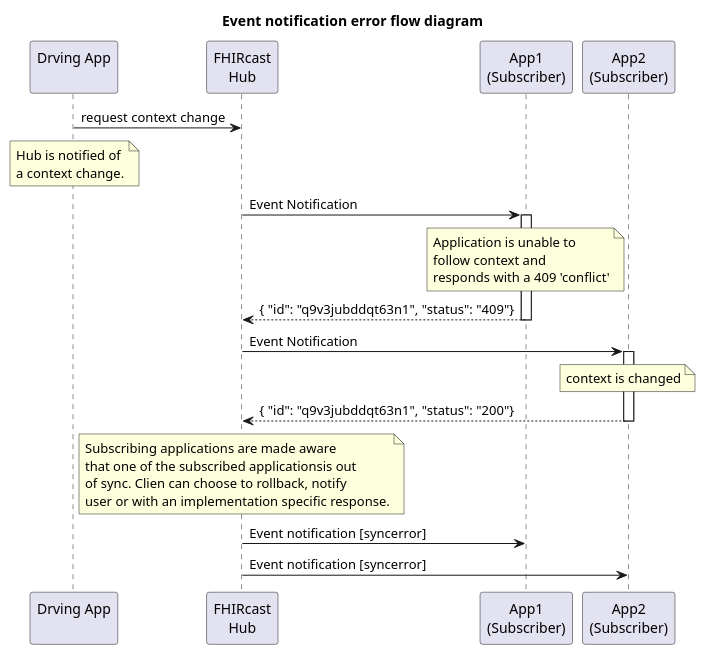
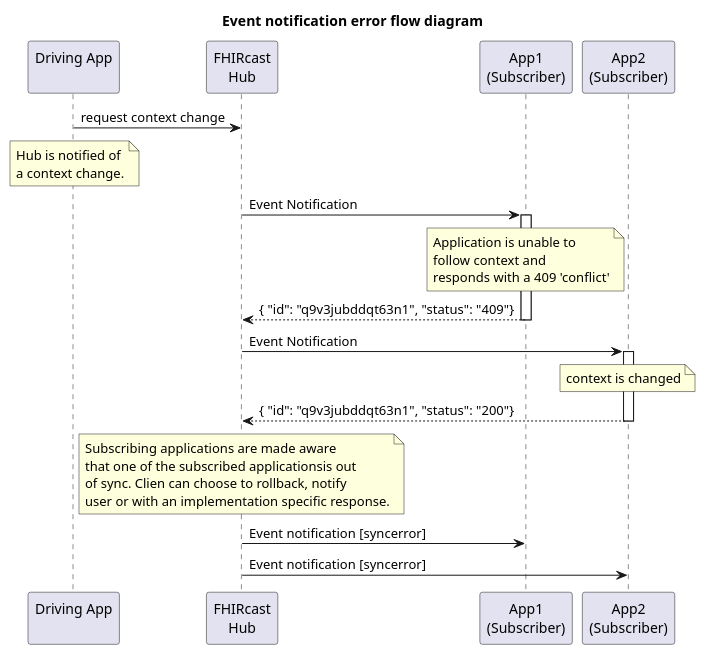
One commit to HL7/fhircast-docs changed the diagram in input/images-source/EventNotificationErrorSequence.plantuml. Above: the diagram before and after it, drawn with PlantUML.

Commit message:
fix mispelling

```diff
--- a/input/images-source/EventNotificationErrorSequence.plantuml
+++ b/input/images-source/EventNotificationErrorSequence.plantuml
@@ -1,37 +1,37 @@
 @startuml
 title Event notification error flow diagram
 
-participant "Drving App\n" as Controller
+participant "Driving App\n" as Controller
 participant "FHIRcast\nHub" as Hub
 participant "App1\n(Subscriber)" as Subscriber1
 participant "App2\n(Subscriber)" as Subscriber2
 
 Controller -> Hub: request context change
 
 note over Controller
     Hub is notified of 
     a context change.
 end note
 
 Hub -> Subscriber1++: Event Notification
 note over Subscriber1
      Application is unable to 
      follow context and 
      responds with a 409 'conflict'
 end note
 Hub <-- Subscriber1--: { "id": "q9v3jubddqt63n1", "status": "409"}
 
 Hub -> Subscriber2++: Event Notification
 note over Subscriber2: context is changed
 Hub <-- Subscriber2--: { "id": "q9v3jubddqt63n1", "status": "200"}
 
 note over Hub
     Subscribing applications are made aware 
     that one of the subscribed applicationsis out
     of sync. Clien can choose to rollback, notify 
     user or with an implementation specific response.
 end note
 
 Hub -> Subscriber1: Event notification [syncerror]
 Hub -> Subscriber2: Event notification [syncerror]
 @enduml
```
